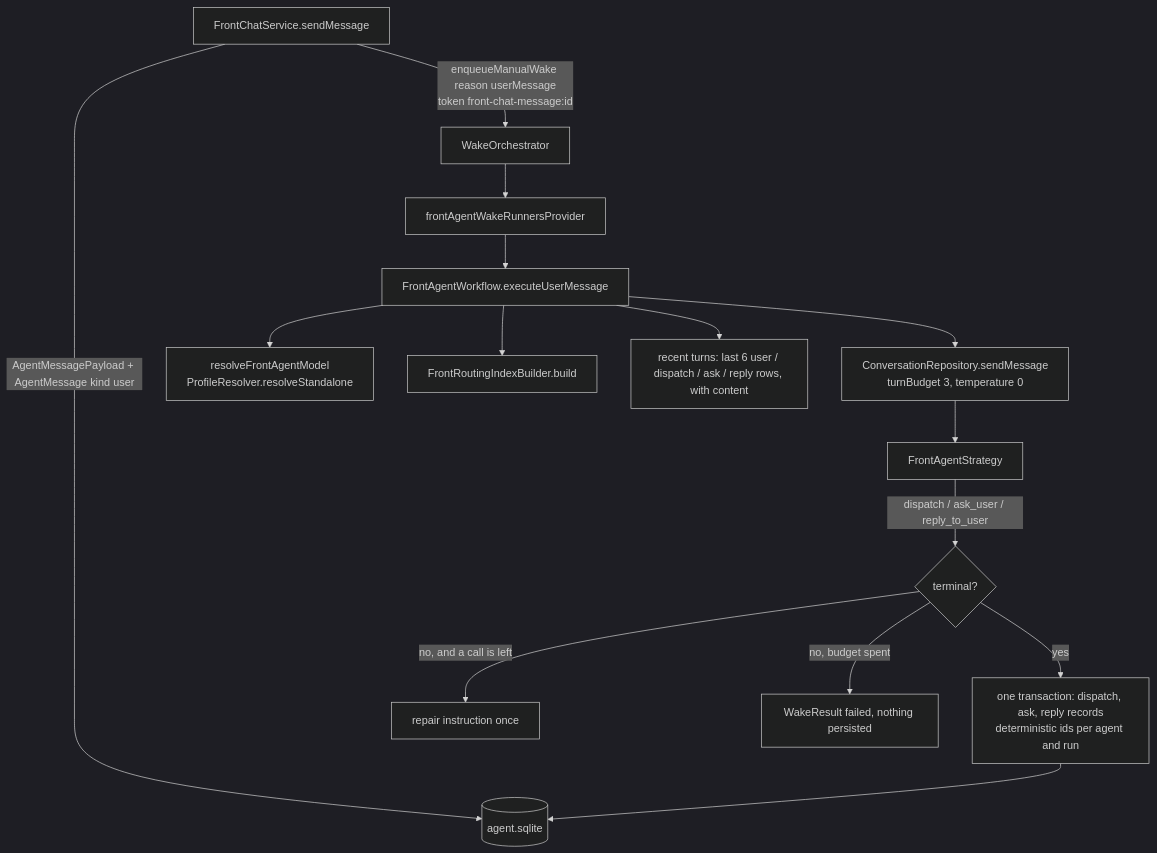
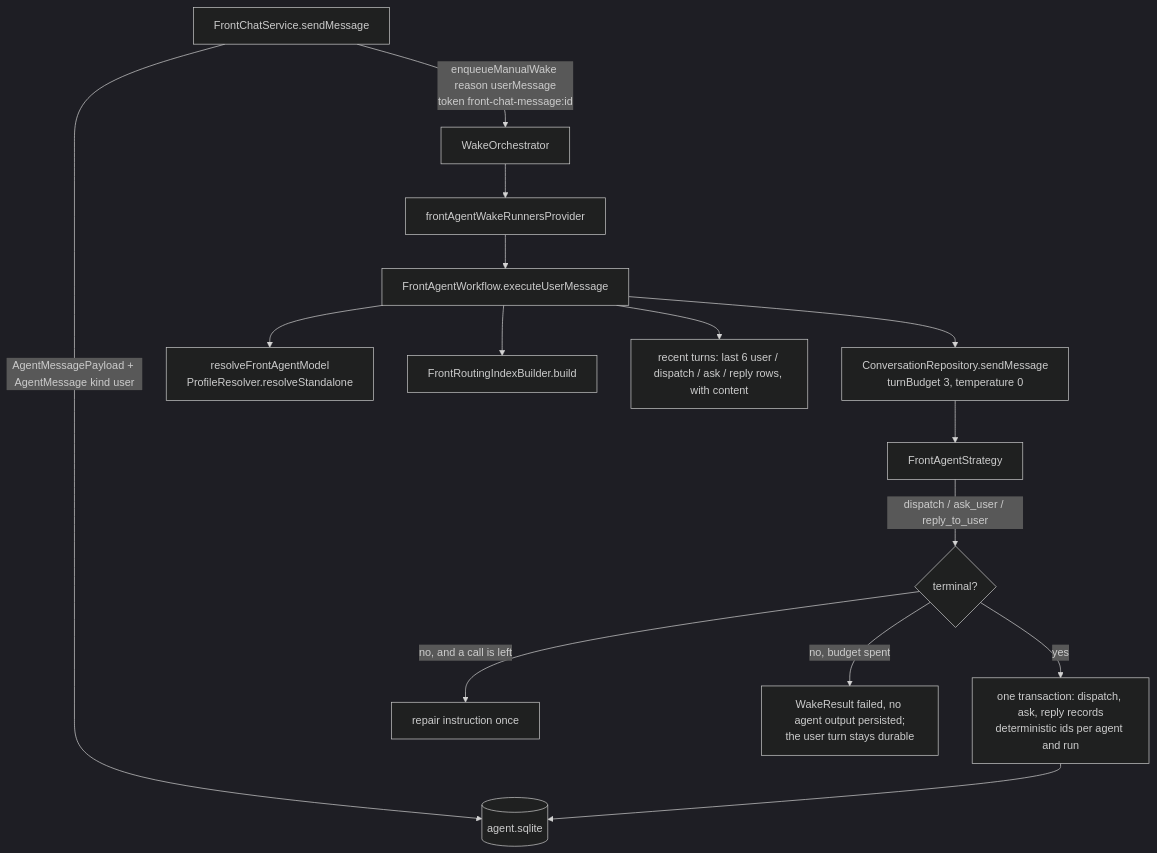
One commit to matthiasn/lotti changed the diagram in knowledge/features/front_agent.md. Above: the diagram before and after it, drawn with Mermaid (dark theme). The commit also changed other lines of this file and 1 other file, not shown here.

Commit message:
docs(front-agent): a door schedules and never waits; a failed turn persists no agent output

````diff
--- a/knowledge/features/front_agent.md
+++ b/knowledge/features/front_agent.md
@@ -64,17 +64,17 @@
 ```mermaid
 flowchart TD
   U[FrontChatService.sendMessage] -->|AgentMessagePayload + AgentMessage kind user| D[(agent.sqlite)]
   U -->|enqueueManualWake reason userMessage<br/>token front-chat-message:id| W[WakeOrchestrator]
   W --> R[frontAgentWakeRunnersProvider]
   R --> X[FrontAgentWorkflow.executeUserMessage]
   X --> M[resolveFrontAgentModel<br/>ProfileResolver.resolveStandalone]
   X --> I[FrontRoutingIndexBuilder.build]
   X --> T[recent turns: last 6 user / dispatch / ask / reply rows, with content]
   X --> C[ConversationRepository.sendMessage<br/>turnBudget 3, temperature 0]
   C --> S[FrontAgentStrategy]
   S -->|dispatch / ask_user / reply_to_user| E{terminal?}
   E -->|no, and a call is left| P[repair instruction once]
-  E -->|no, budget spent| F[WakeResult failed, nothing persisted]
+  E -->|no, budget spent| F[WakeResult failed, no agent output persisted;<br/>the user turn stays durable]
   E -->|yes| O[one transaction: dispatch, ask, reply records<br/>deterministic ids per agent and run]
   O --> D
 ```
````
